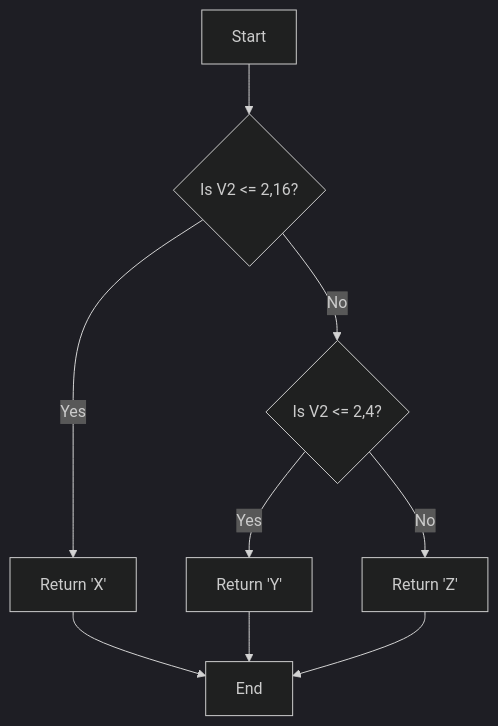
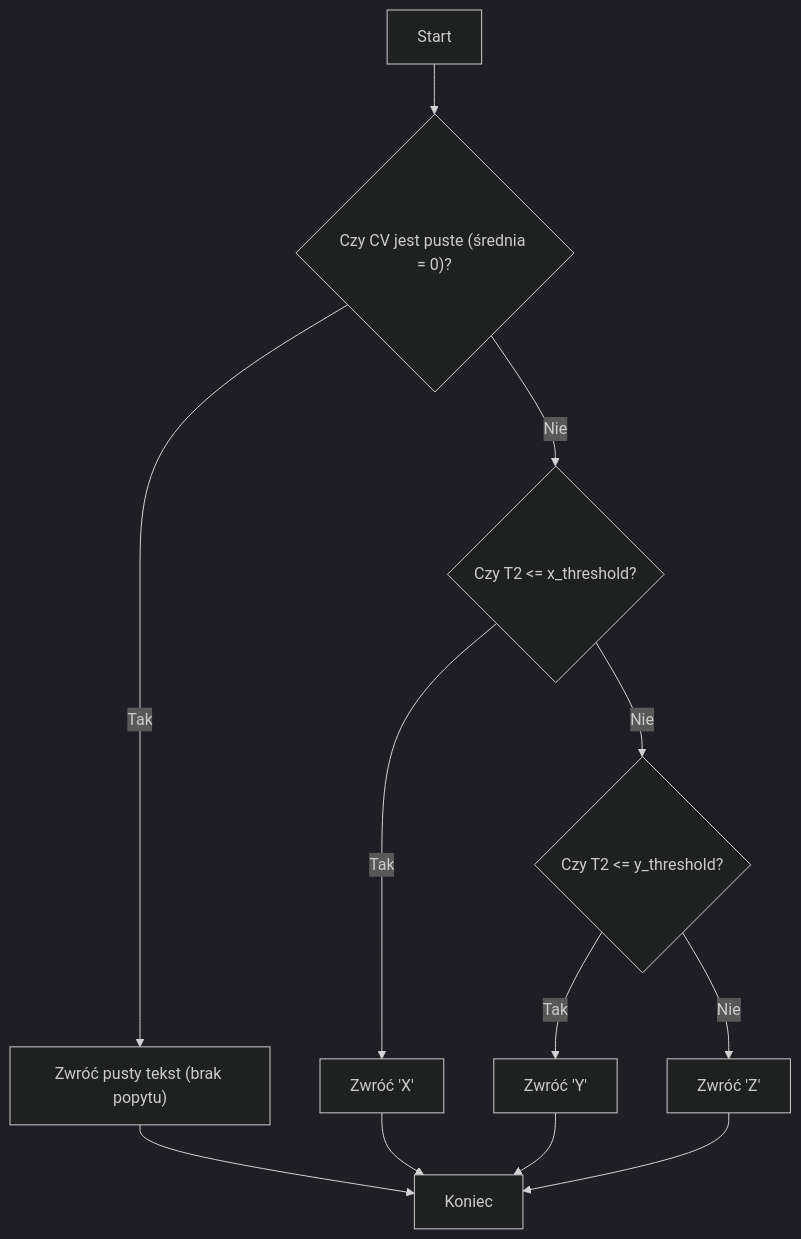
Before and after one commit to zbigniew-galar/univ: the second of 2 diagrams in ABC_XYZ_Analysis_PL.md, drawn with Mermaid (dark theme). The commit also changed other lines of this file, not shown here.

````diff
--- a/ABC_XYZ_Analysis_PL.md
+++ b/ABC_XYZ_Analysis_PL.md
@@ -332,11 +239,14 @@
 ``` mermaid
 flowchart TD
-    A[Start] --> B{Is V2 <= 2,16?}
-    B -- Yes --> X["Return 'X'"]
-    B -- No --> C{Is V2 <= 2,4?}
-    C -- Yes --> Y["Return 'Y'"]
-    C -- No --> Z["Return 'Z'"]
-    X --> End[End]
+    A[Start] --> M{"Czy CV jest puste (średnia = 0)?"}
+    M -- Tak --> N["Zwróć pusty tekst (brak popytu)"]
+    M -- Nie --> B{"Czy T2 <= x_threshold?"}
+    B -- Tak --> X["Zwróć 'X'"]
+    B -- Nie --> C{"Czy T2 <= y_threshold?"}
+    C -- Tak --> Y["Zwróć 'Y'"]
+    C -- Nie --> Z["Zwróć 'Z'"]
+    N --> End[Koniec]
+    X --> End
     Y --> End
     Z --> End
 ```
````
